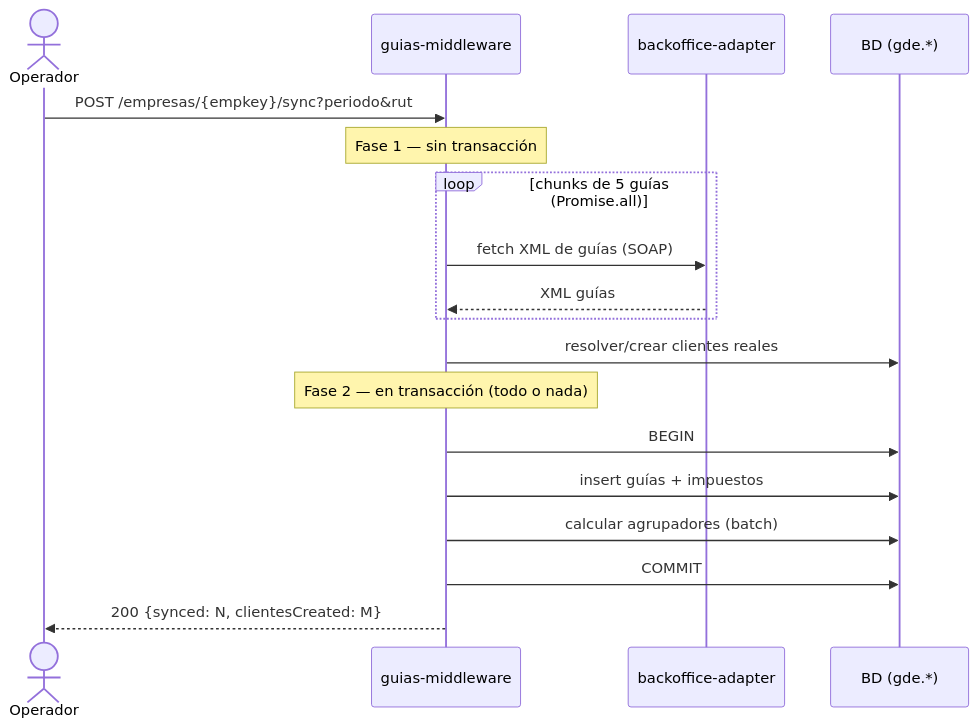
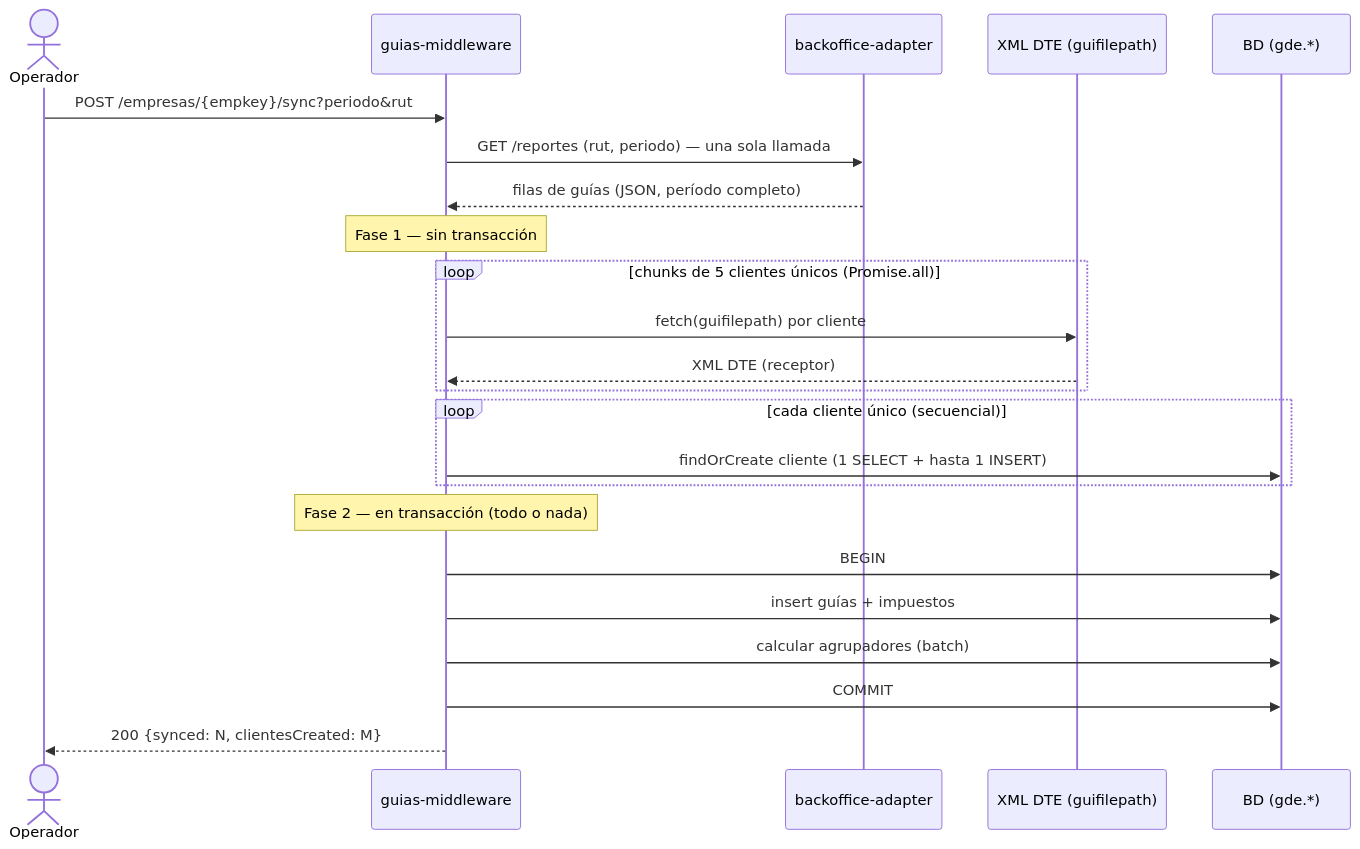
Before and after one commit to matop/facturador-guias-backend: the first of 6 diagrams in docs/casos-de-uso-diagramas-secuencia-2026-07-17.md, drawn with Mermaid. The commit also changed other lines of this file and 5 other files, not shown here.

First line of the commit message:
perf: batchear resolución de clientes en sync de guías (findOrCreateBatch)

````diff
--- a/docs/casos-de-uso-diagramas-secuencia-2026-07-17.md
+++ b/docs/casos-de-uso-diagramas-secuencia-2026-07-17.md
@@ -30,21 +37,26 @@
 ```mermaid
 sequenceDiagram
     actor Operador
     participant MW as guias-middleware
     participant BOA as backoffice-adapter
+    participant XML as XML DTE (guifilepath)
     participant DB as BD (gde.*)
 
     Operador->>MW: POST /empresas/{empkey}/sync?periodo&rut
+    MW->>BOA: GET /reportes (rut, periodo) — una sola llamada
+    BOA-->>MW: filas de guías (JSON, período completo)
     Note over MW: Fase 1 — sin transacción
-    loop chunks de 5 guías (Promise.all)
-        MW->>BOA: fetch XML de guías (SOAP)
-        BOA-->>MW: XML guías
+    loop chunks de 5 clientes únicos (Promise.all)
+        MW->>XML: fetch(guifilepath) por cliente
+        XML-->>MW: XML DTE (receptor)
     end
-    MW->>DB: resolver/crear clientes reales
+    loop cada cliente único (secuencial)
+        MW->>DB: findOrCreate cliente (1 SELECT + hasta 1 INSERT)
+    end
     Note over MW: Fase 2 — en transacción (todo o nada)
     MW->>DB: BEGIN
     MW->>DB: insert guías + impuestos
     MW->>DB: calcular agrupadores (batch)
     MW->>DB: COMMIT
     MW-->>Operador: 200 {synced: N, clientesCreated: M}
 ```
````
